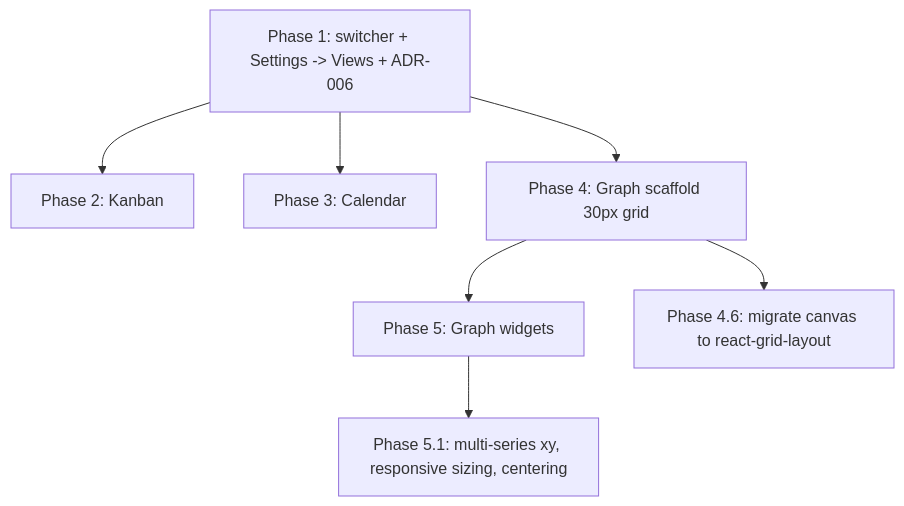
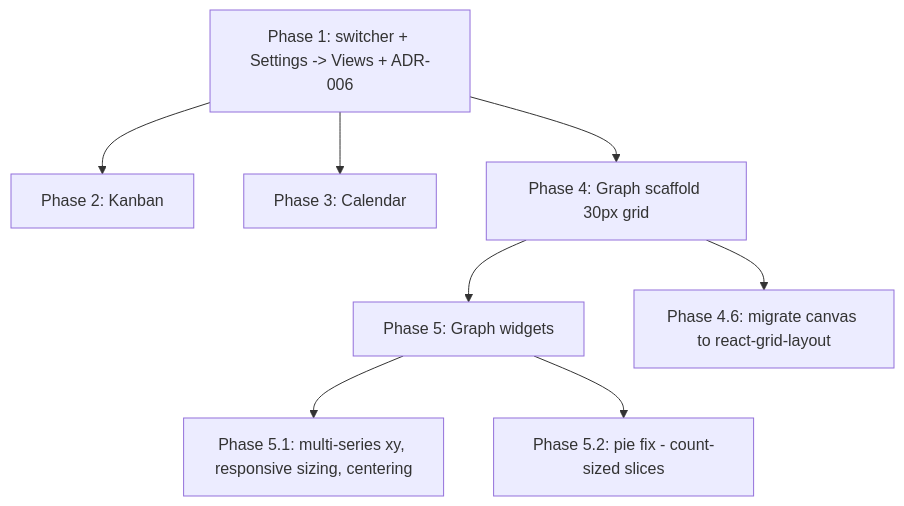
Before and after one commit to noiia/EERP: the second of 2 diagrams in docs/roadmaps/list-view-modes.md, drawn with Mermaid. The commit also changed other lines of this file and 7 other files, not shown here.

First line of the commit message:
fix(graph): size pie slices by record count, not a value-weighted sum

````diff
--- a/docs/roadmaps/list-view-modes.md
+++ b/docs/roadmaps/list-view-modes.md
@@ -619,9 +654,10 @@
 ```mermaid
 flowchart TD
     P1[Phase 1: switcher + Settings -> Views + ADR-006] --> P2[Phase 2: Kanban]
     P1 --> P3[Phase 3: Calendar]
     P1 --> P4[Phase 4: Graph scaffold 30px grid]
     P4 --> P5[Phase 5: Graph widgets]
     P4 --> P46[Phase 4.6: migrate canvas to react-grid-layout]
     P5 --> P51[Phase 5.1: multi-series xy, responsive sizing, centering]
+    P5 --> P52[Phase 5.2: pie fix - count-sized slices]
 ```
````
